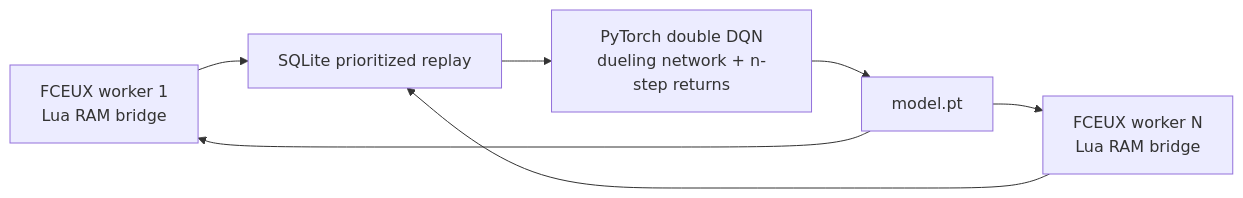
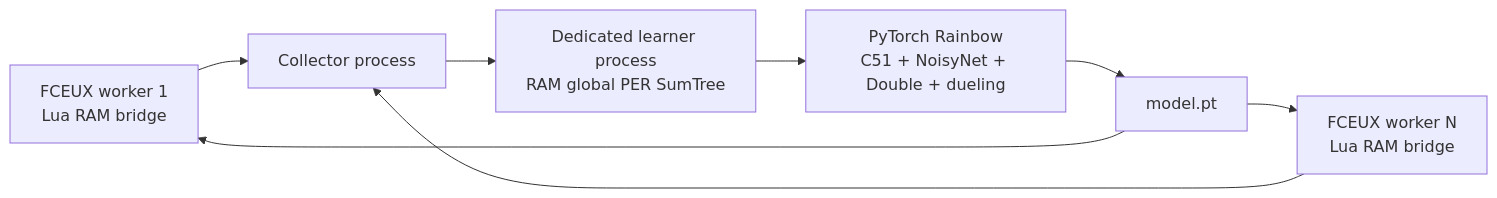
The diagram in docs/python-rainbow.md (heaven-hm/mario-ai-neat), drawn with Mermaid before and after one commit. The commit also changed other lines of this file and 11 other files, not shown here.

Commit message:
Implement full Rainbow learner and evaluation tools

````diff
--- a/docs/python-rainbow.md
+++ b/docs/python-rainbow.md
@@ -6,9 +6,10 @@
 ```mermaid
 flowchart LR
-    FCEUX1["FCEUX worker 1\nLua RAM bridge"] --> Replay["SQLite prioritized replay"]
-    FCEUXN["FCEUX worker N\nLua RAM bridge"] --> Replay
-    Replay --> Learner["PyTorch double DQN\ndueling network + n-step returns"]
+    FCEUX1["FCEUX worker 1\nLua RAM bridge"] --> Collector["Collector process"]
+    FCEUXN["FCEUX worker N\nLua RAM bridge"] --> Collector
+    Collector --> Replay["Dedicated learner process\nRAM global PER SumTree"]
+    Replay --> Learner["PyTorch Rainbow\nC51 + NoisyNet + Double + dueling"]
     Learner --> Model["model.pt"]
     Model --> FCEUX1
     Model --> FCEUXN
 ```
````
